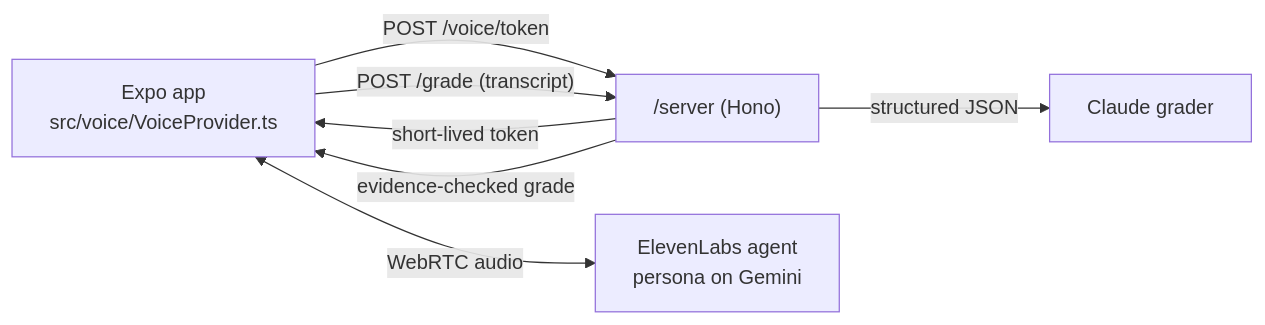
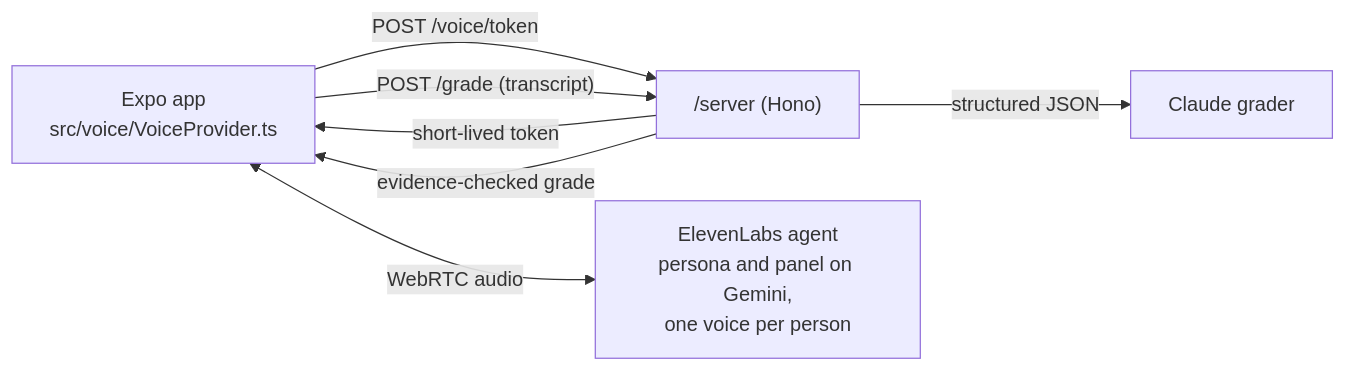
Before and after one commit to Prashant-thakur77/HardTalk: the diagram in README.md, drawn with Mermaid. The commit also changed other lines of this file and 92 other files, not shown here.

````diff
--- a/README.md
+++ b/README.md
@@ -30,9 +45,9 @@
 ```mermaid
 flowchart LR
   App["Expo app<br/>src/voice/VoiceProvider.ts"] -- "POST /voice/token" --> Server["/server (Hono)"]
   Server -- "short-lived token" --> App
-  App <-- "WebRTC audio" --> Persona["ElevenLabs agent<br/>persona on Gemini"]
+  App <-- "WebRTC audio" --> Persona["ElevenLabs agent<br/>persona and panel on Gemini,<br/>one voice per person"]
   App -- "POST /grade (transcript)" --> Server
   Server -- "structured JSON" --> Grader["Claude grader"]
   Server -- "evidence-checked grade" --> App
 ```
````
